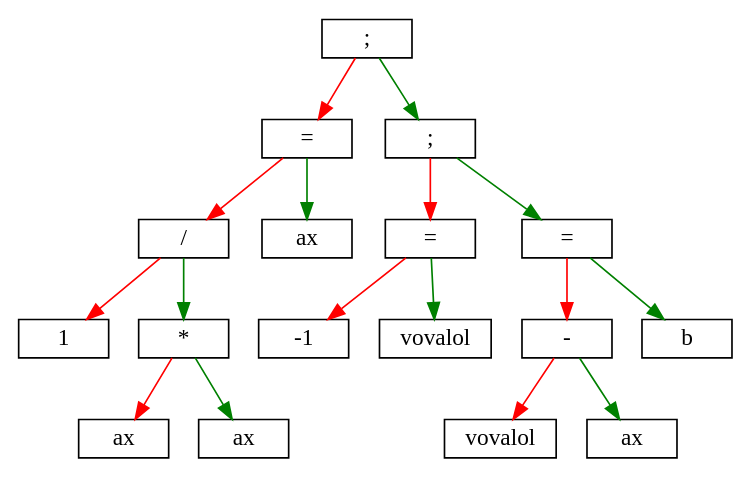
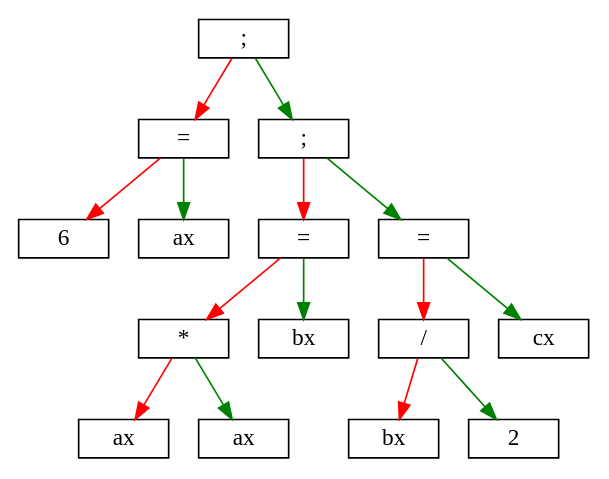
Before and after one commit to dart9905/language: the diagram in Language/dump_tree.gv, drawn with Graphviz. The commit also changed 7 other files, not shown here.

```diff
--- a/Language/dump_tree.gv
+++ b/Language/dump_tree.gv
@@ -1,36 +1,32 @@
 digraph list {
 	node [shape = record,height=.1];
-	"node2" [label = "<f0>1" ] ;
-	"node3" [label = "<f0>ax" ] ;
-	"node4" [label = "<f0>ax" ] ;
-	"node5" [label = "<f0>*" ] ;
-	"node6" [label = "<f0>/" ] ;
+	"node2" [label = "<f0>6" ] ;
 	"node1" [label = "<f0>ax" ] ;
-	"node7" [label = "<f0>=" ] ;
-	"node9" [label = "<f0>-1" ] ;
-	"node8" [label = "<f0>vovalol" ] ;
-	"node10" [label = "<f0>=" ] ;
-	"node12" [label = "<f0>vovalol" ] ;
-	"node13" [label = "<f0>ax" ] ;
-	"node14" [label = "<f0>-" ] ;
-	"node11" [label = "<f0>b" ] ;
-	"node15" [label = "<f0>=" ] ;
-	"node16" [label = "<f0>;" ] ;
-	"node17" [label = "<f0>;" ] ;
-	"node5":f0 -> "node3":f0 [color=red];
-	"node5":f0 -> "node4":f0  [color=green];
-	"node6":f0 -> "node2":f0 [color=red];
-	"node6":f0 -> "node5":f0  [color=green];
-	"node7":f0 -> "node6":f0 [color=red];
-	"node7":f0 -> "node1":f0  [color=green];
-	"node10":f0 -> "node9":f0 [color=red];
-	"node10":f0 -> "node8":f0  [color=green];
-	"node14":f0 -> "node12":f0 [color=red];
+	"node3" [label = "<f0>=" ] ;
+	"node5" [label = "<f0>ax" ] ;
+	"node6" [label = "<f0>ax" ] ;
+	"node7" [label = "<f0>*" ] ;
+	"node4" [label = "<f0>bx" ] ;
+	"node8" [label = "<f0>=" ] ;
+	"node10" [label = "<f0>bx" ] ;
+	"node11" [label = "<f0>2" ] ;
+	"node12" [label = "<f0>/" ] ;
+	"node9" [label = "<f0>cx" ] ;
+	"node13" [label = "<f0>=" ] ;
+	"node14" [label = "<f0>;" ] ;
+	"node15" [label = "<f0>;" ] ;
+	"node3":f0 -> "node2":f0 [color=red];
+	"node3":f0 -> "node1":f0  [color=green];
+	"node7":f0 -> "node5":f0 [color=red];
+	"node7":f0 -> "node6":f0  [color=green];
+	"node8":f0 -> "node7":f0 [color=red];
+	"node8":f0 -> "node4":f0  [color=green];
+	"node12":f0 -> "node10":f0 [color=red];
+	"node12":f0 -> "node11":f0  [color=green];
+	"node13":f0 -> "node12":f0 [color=red];
+	"node13":f0 -> "node9":f0  [color=green];
+	"node14":f0 -> "node8":f0 [color=red];
 	"node14":f0 -> "node13":f0  [color=green];
-	"node15":f0 -> "node14":f0 [color=red];
-	"node15":f0 -> "node11":f0  [color=green];
-	"node16":f0 -> "node10":f0 [color=red];
-	"node16":f0 -> "node15":f0  [color=green];
-	"node17":f0 -> "node7":f0 [color=red];
-	"node17":f0 -> "node16":f0  [color=green];
+	"node15":f0 -> "node3":f0 [color=red];
+	"node15":f0 -> "node14":f0  [color=green];
 }
```
